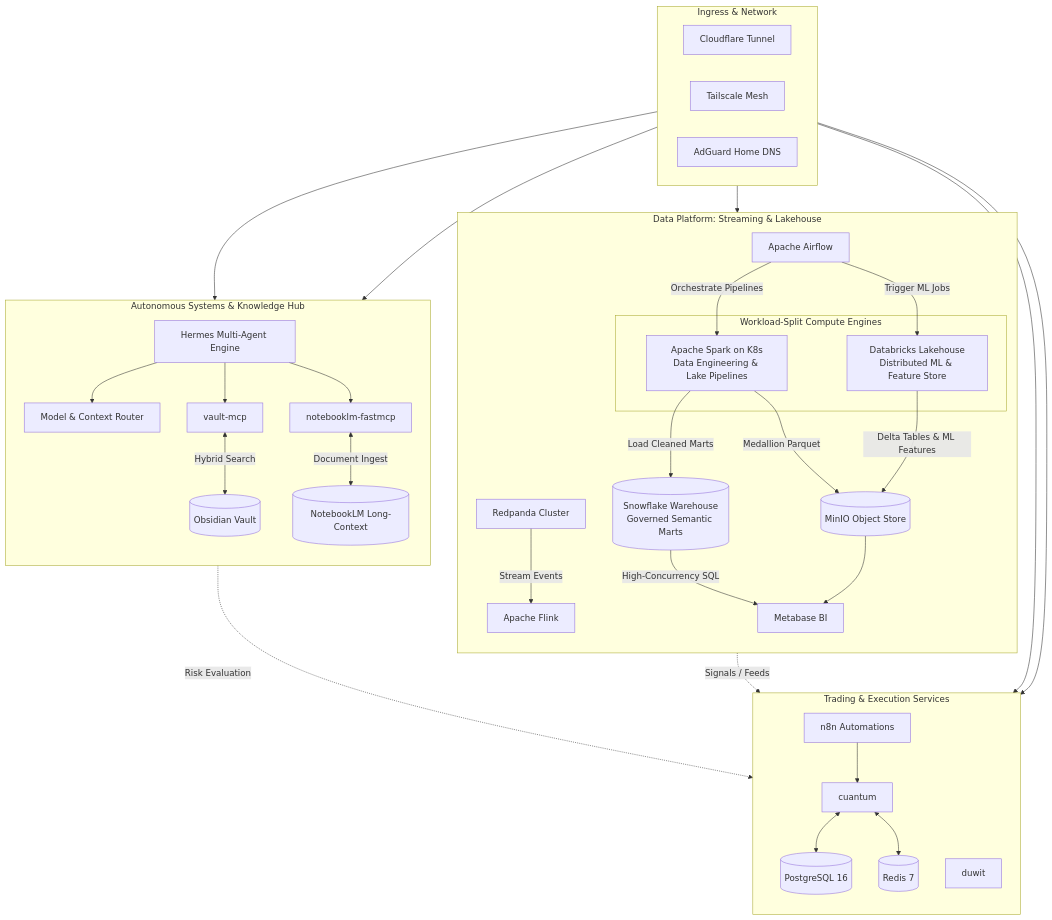
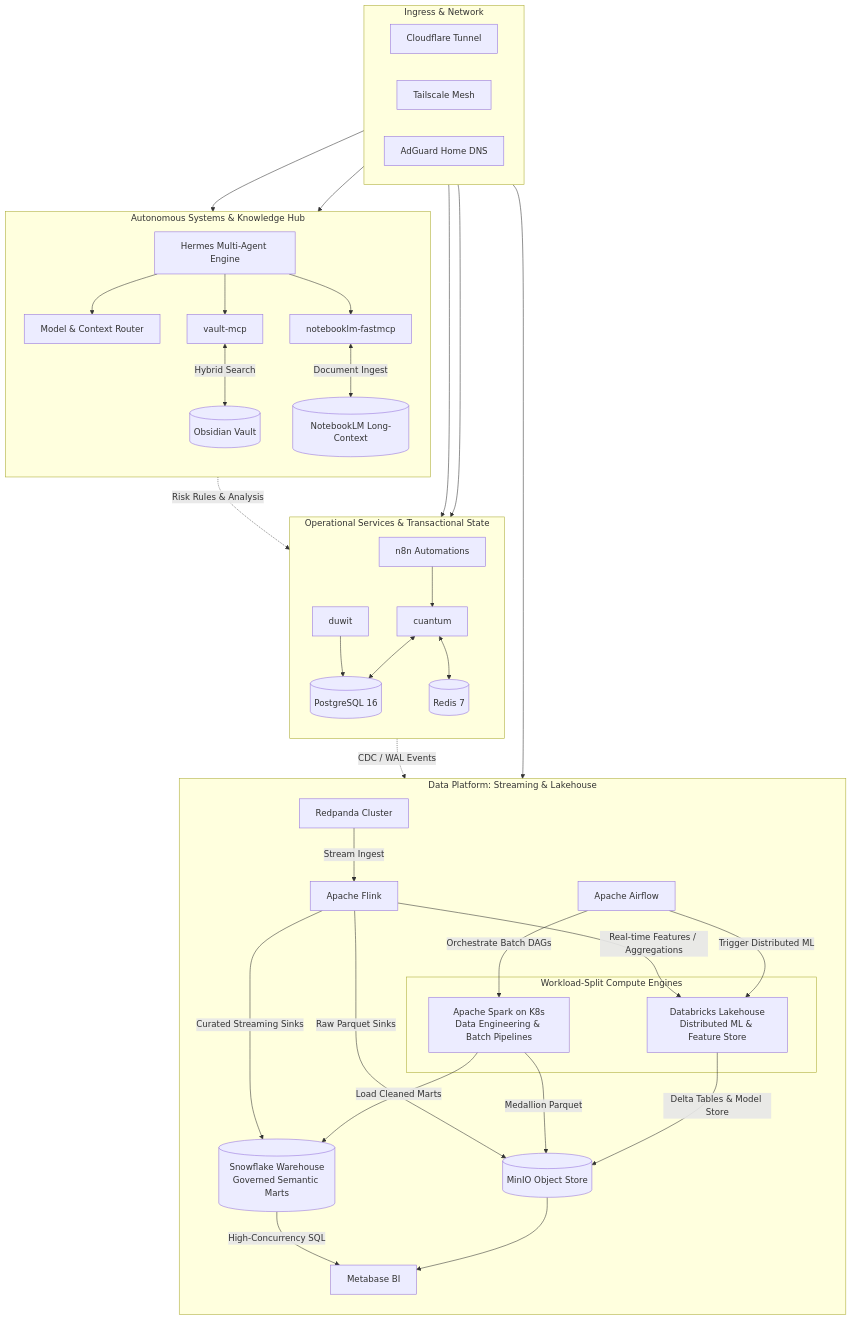
One commit to mpandudc/mpandudc changed the diagram in README.md. Above: the diagram before and after it, drawn with Mermaid. The commit also changed other lines of this file, not shown here.

Commit message:
docs: correct data pipeline topology with PG as CDC source to Redpanda and Flink feeding Databricks/Snowflake, update title to Personal Homeserver

````diff
--- a/README.md
+++ b/README.md
@@ -17,71 +17,75 @@
 ```mermaid
 flowchart TB
     subgraph INGRESS [Ingress & Network]
         direction LR
         CF[Cloudflare Tunnel]
         TS[Tailscale Mesh]
         DNS[AdGuard Home DNS]
+    end
+
+    subgraph APPS_OPS [Operational Services & Transactional State]
+        direction TB
+        CUANTUM[cuantum]
+        DUWIT[duwit]
+        N8N[n8n Automations]
+        PG[(PostgreSQL 16)]
+        REDIS[(Redis 7)]
+
+        CUANTUM <--> PG
+        CUANTUM <--> REDIS
+        DUWIT --> PG
+        N8N --> CUANTUM
     end
 
     subgraph DATA_PLATFORM [Data Platform: Streaming & Lakehouse]
         direction TB
         REDPANDA[Redpanda Cluster]
         FLINK[Apache Flink]
         AIRFLOW[Apache Airflow]
         MINIO[(MinIO Object Store)]
         
         subgraph COMPUTE_SPLIT [Workload-Split Compute Engines]
-            SPARK[Apache Spark on K8s<br/>Data Engineering & Lake Pipelines]
+            SPARK[Apache Spark on K8s<br/>Data Engineering & Batch Pipelines]
             DATABRICKS[Databricks Lakehouse<br/>Distributed ML & Feature Store]
         end
         
         SNOWFLAKE[(Snowflake Warehouse<br/>Governed Semantic Marts)]
         METABASE[Metabase BI]
 
-        REDPANDA -->|Stream Events| FLINK
-        AIRFLOW -->|Orchestrate Pipelines| SPARK
-        AIRFLOW -->|Trigger ML Jobs| DATABRICKS
+        PG -.->|CDC / WAL Events| REDPANDA
+        REDPANDA -->|Stream Ingest| FLINK
+        FLINK -->|Real-time Features / Aggregations| DATABRICKS
+        FLINK -->|Curated Streaming Sinks| SNOWFLAKE
+        FLINK -->|Raw Parquet Sinks| MINIO
+        AIRFLOW -->|Orchestrate Batch DAGs| SPARK
+        AIRFLOW -->|Trigger Distributed ML| DATABRICKS
         SPARK -->|Medallion Parquet| MINIO
-        DATABRICKS -->|Delta Tables & ML Features| MINIO
+        DATABRICKS -->|Delta Tables & Model Store| MINIO
         SPARK -->|Load Cleaned Marts| SNOWFLAKE
         SNOWFLAKE -->|High-Concurrency SQL| METABASE
         MINIO --> METABASE
     end
 
     subgraph AI_KNOWLEDGE [Autonomous Systems & Knowledge Hub]
         direction TB
         HERMES[Hermes Multi-Agent Engine]
         ROUTER[Model & Context Router]
         VAULT_MCP[vault-mcp]
         NLM_MCP[notebooklm-fastmcp]
         OBSIDIAN[(Obsidian Vault)]
         NLM_ENGINE[(NotebookLM Long-Context)]
 
         HERMES --> ROUTER
         HERMES --> VAULT_MCP
         HERMES --> NLM_MCP
         VAULT_MCP <-->|Hybrid Search| OBSIDIAN
         NLM_MCP <-->|Document Ingest| NLM_ENGINE
-    end
-
-    subgraph APPS_OPS [Trading & Execution Services]
-        direction TB
-        CUANTUM[cuantum]
-        DUWIT[duwit]
-        N8N[n8n Automations]
-        PG[(PostgreSQL 16)]
-        REDIS[(Redis 7)]
-
-        CUANTUM <--> PG
-        CUANTUM <--> REDIS
-        FLINK -.->|Signals / Feeds| CUANTUM
-        HERMES -.->|Risk Evaluation| CUANTUM
-        N8N --> CUANTUM
+        HERMES -.->|Risk Rules & Analysis| CUANTUM
     end
 
     CF --> CUANTUM
     CF --> ROUTER
     TS --> DATA_PLATFORM
     TS --> AI_KNOWLEDGE
     TS --> APPS_OPS
 ```
````
